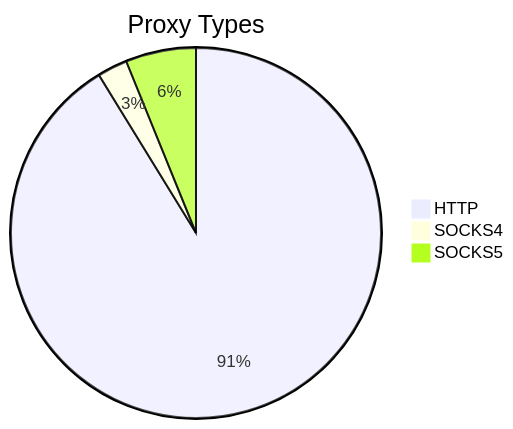
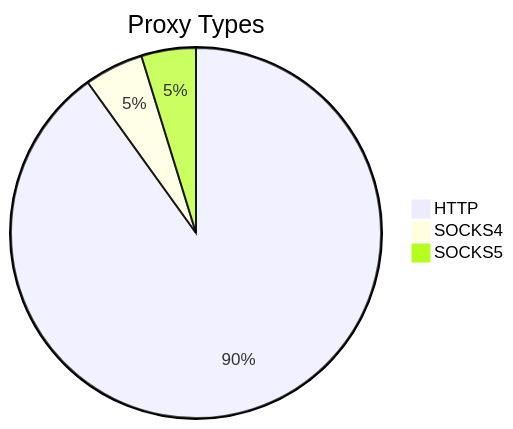
The first of 2 diagrams in README.md (stormsia/proxy-list), drawn with Mermaid before and after one commit. The commit also changed other lines of this file, not shown here.

````diff
--- a/README.md
+++ b/README.md
@@ -21,6 +21,6 @@
 ```mermaid
 pie title Proxy Types
-    "HTTP" : 104
-    "SOCKS4" : 3
-    "SOCKS5" : 7
+    "HTTP" : 227
+    "SOCKS4" : 13
+    "SOCKS5" : 12
 ```
````
